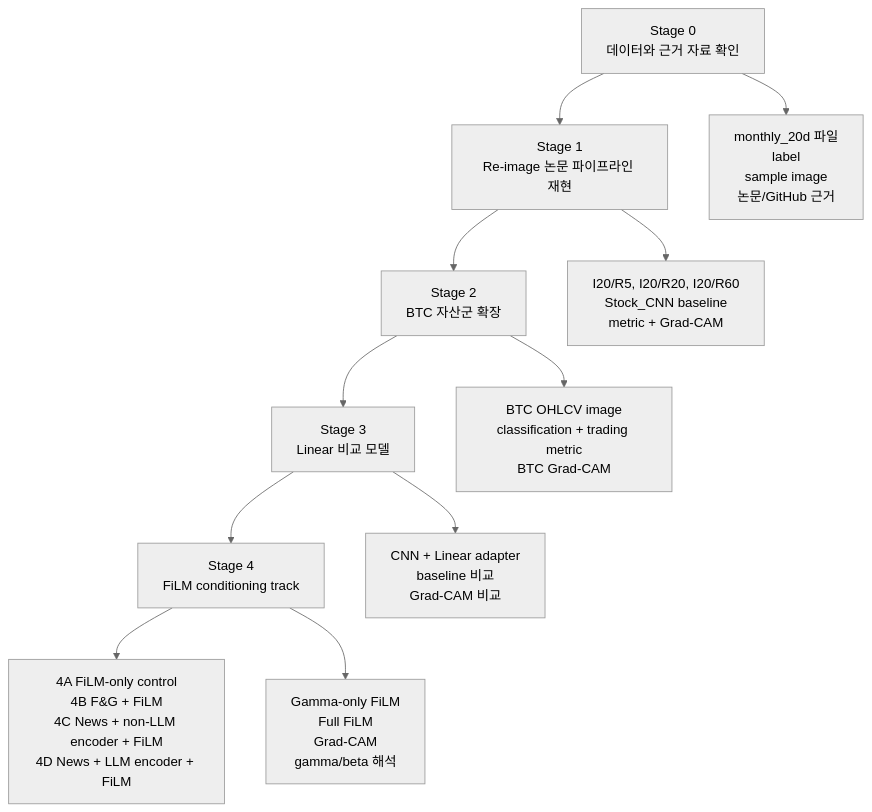
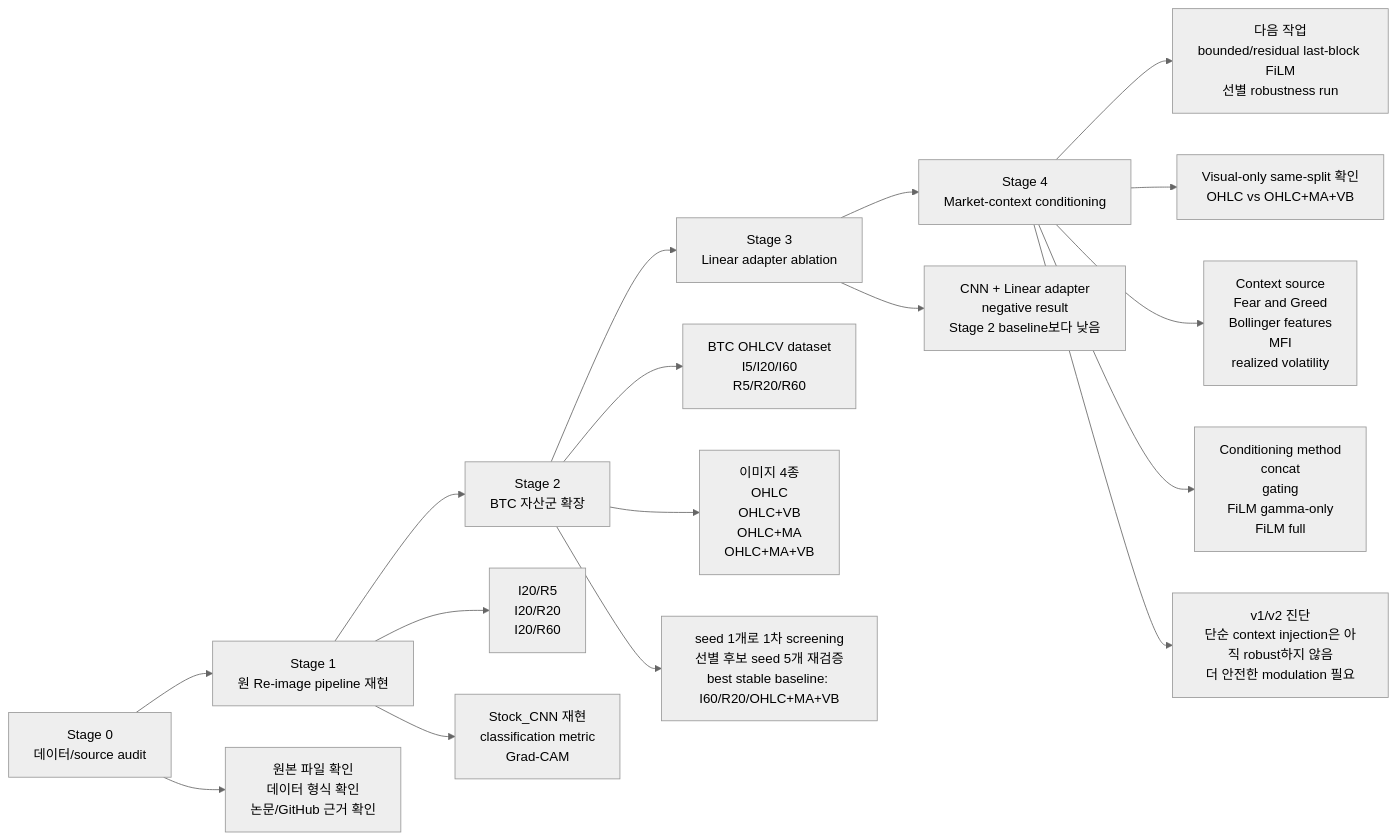
The second of 2 diagrams in docs/overall_pipeline_diagram.md (Jaehyeon-Jeong/Thesis), drawn with Mermaid (neutral theme) before and after one commit. The commit also changed other lines of this file, not shown here.

Commit message:
Update overall pipeline diagram

````diff
--- a/docs/overall_pipeline_diagram.md
+++ b/docs/overall_pipeline_diagram.md
@@ -22,14 +37,27 @@
 ```mermaid
-flowchart TD
-    A[Stage 0<br/>데이터와 근거 자료 확인] --> B[Stage 1<br/>Re-image 논문 파이프라인 재현]
-    B --> C[Stage 2<br/>BTC 자산군 확장]
-    C --> D[Stage 3<br/>Linear 비교 모델]
-    D --> E[Stage 4<br/>FiLM conditioning track]
+flowchart LR
+    S0[Stage 0<br/>데이터/source audit]
+    S1[Stage 1<br/>원 Re-image pipeline 재현]
+    S2[Stage 2<br/>BTC 자산군 확장]
+    S3[Stage 3<br/>Linear adapter ablation]
+    S4[Stage 4<br/>Market-context conditioning]
+    NEXT[다음 작업<br/>bounded/residual last-block FiLM<br/>선별 robustness run]
 
-    A --> A1[monthly_20d 파일<br/>label<br/>sample image<br/>논문/GitHub 근거]
-    B --> B1[I20/R5, I20/R20, I20/R60<br/>Stock_CNN baseline<br/>metric + Grad-CAM]
-    C --> C1[BTC OHLCV image<br/>classification + trading metric<br/>BTC Grad-CAM]
-    D --> D1[CNN + Linear adapter<br/>baseline 비교<br/>Grad-CAM 비교]
-    E --> E1[4A FiLM-only control<br/>4B F&G + FiLM<br/>4C News + non-LLM encoder + FiLM<br/>4D News + LLM encoder + FiLM]
-    E --> E2[Gamma-only FiLM<br/>Full FiLM<br/>Grad-CAM<br/>gamma/beta 해석]
+    S0 --> S1 --> S2 --> S3 --> S4 --> NEXT
+
+    S0 --> S0A[원본 파일 확인<br/>데이터 형식 확인<br/>논문/GitHub 근거 확인]
+
+    S1 --> S1A[I20/R5<br/>I20/R20<br/>I20/R60]
+    S1 --> S1B[Stock_CNN 재현<br/>classification metric<br/>Grad-CAM]
+
+    S2 --> S2A[BTC OHLCV dataset<br/>I5/I20/I60<br/>R5/R20/R60]
+    S2 --> S2B[이미지 4종<br/>OHLC<br/>OHLC+VB<br/>OHLC+MA<br/>OHLC+MA+VB]
+    S2 --> S2C[seed 1개로 1차 screening<br/>선별 후보 seed 5개 재검증<br/>best stable baseline: I60/R20/OHLC+MA+VB]
+
+    S3 --> S3A[CNN + Linear adapter<br/>negative result<br/>Stage 2 baseline보다 낮음]
+
+    S4 --> S4A[Visual-only same-split 확인<br/>OHLC vs OHLC+MA+VB]
+    S4 --> S4B[Context source<br/>Fear and Greed<br/>Bollinger features<br/>MFI<br/>realized volatility]
+    S4 --> S4C[Conditioning method<br/>concat<br/>gating<br/>FiLM gamma-only<br/>FiLM full]
+    S4 --> S4D[v1/v2 진단<br/>단순 context injection은 아직 robust하지 않음<br/>더 안전한 modulation 필요]
 ```
````
